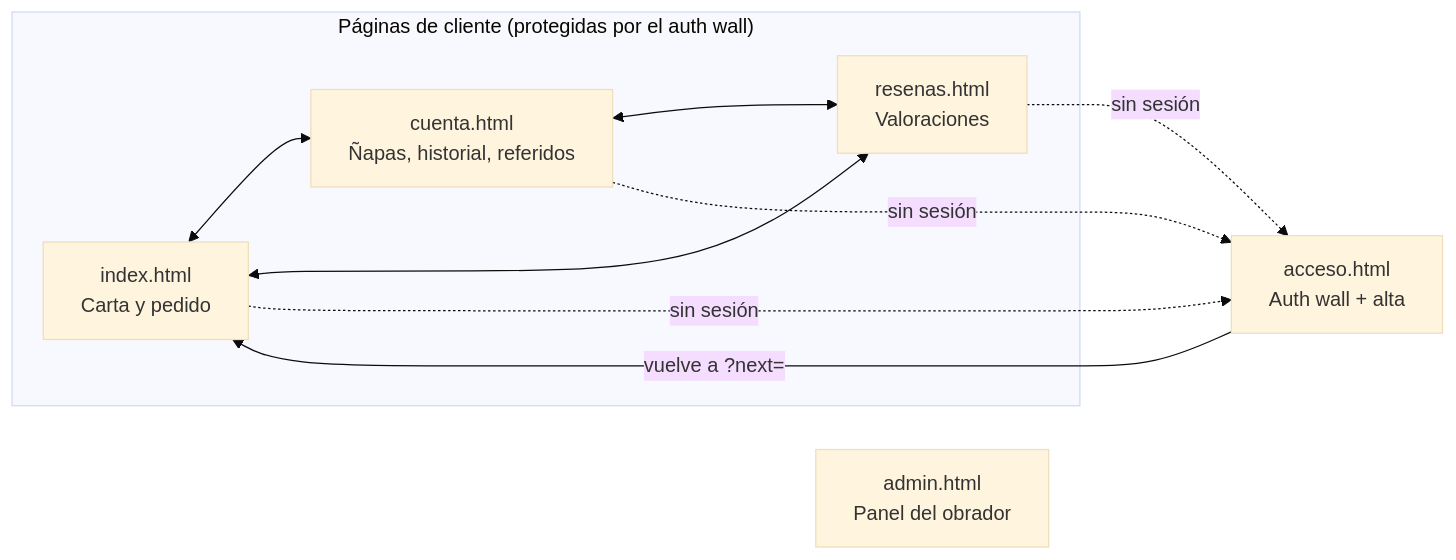
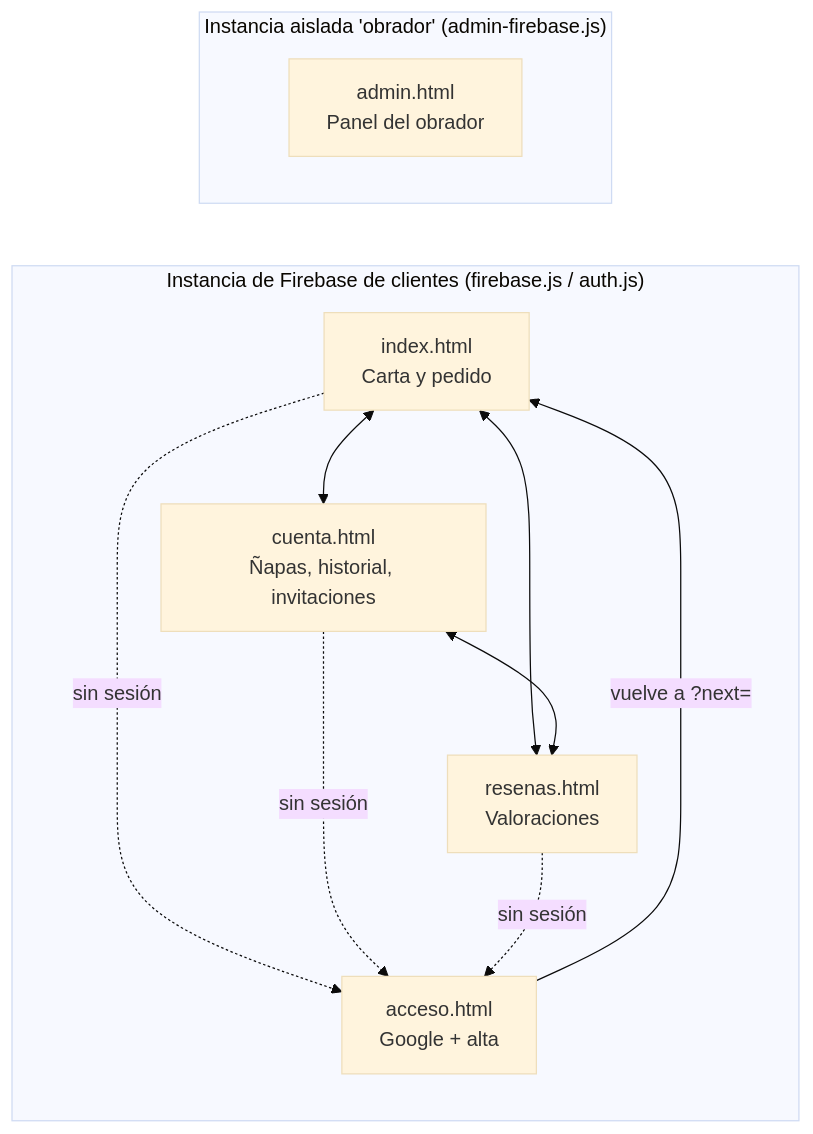
Before and after one commit to aluDavidSantiago/pachoncito-pedidos: the first of 4 diagrams in USER_JOURNEY.md, drawn with Mermaid (base theme). The commit also changed other lines of this file and 21 other files, not shown here.

Commit message:
Acceso con Google, panel aislado y antifraude por teléfono

````diff
--- a/USER_JOURNEY.md
+++ b/USER_JOURNEY.md
@@ -17,19 +17,20 @@
 ```mermaid
 flowchart LR
-    subgraph Cliente["Páginas de cliente (protegidas por el auth wall)"]
+    subgraph Cliente["Instancia de Firebase de clientes (firebase.js / auth.js)"]
         IDX["index.html<br/>Carta y pedido"]
-        CTA["cuenta.html<br/>Ñapas, historial, referidos"]
+        CTA["cuenta.html<br/>Ñapas, historial, invitaciones"]
         RES["resenas.html<br/>Valoraciones"]
+        ACC["acceso.html<br/>Google + alta"]
     end
-    ACC["acceso.html<br/>Auth wall + alta"]
-    ADM["admin.html<br/>Panel del obrador"]
+    subgraph Obrador["Instancia aislada 'obrador' (admin-firebase.js)"]
+        ADM["admin.html<br/>Panel del obrador"]
+    end
 
     IDX <--> CTA
     IDX <--> RES
     CTA <--> RES
     IDX -. sin sesión .-> ACC
     CTA -. sin sesión .-> ACC
     RES -. sin sesión .-> ACC
     ACC -- "vuelve a ?next=" --> IDX
-    ADM ~~~ ACC
 ```
````
